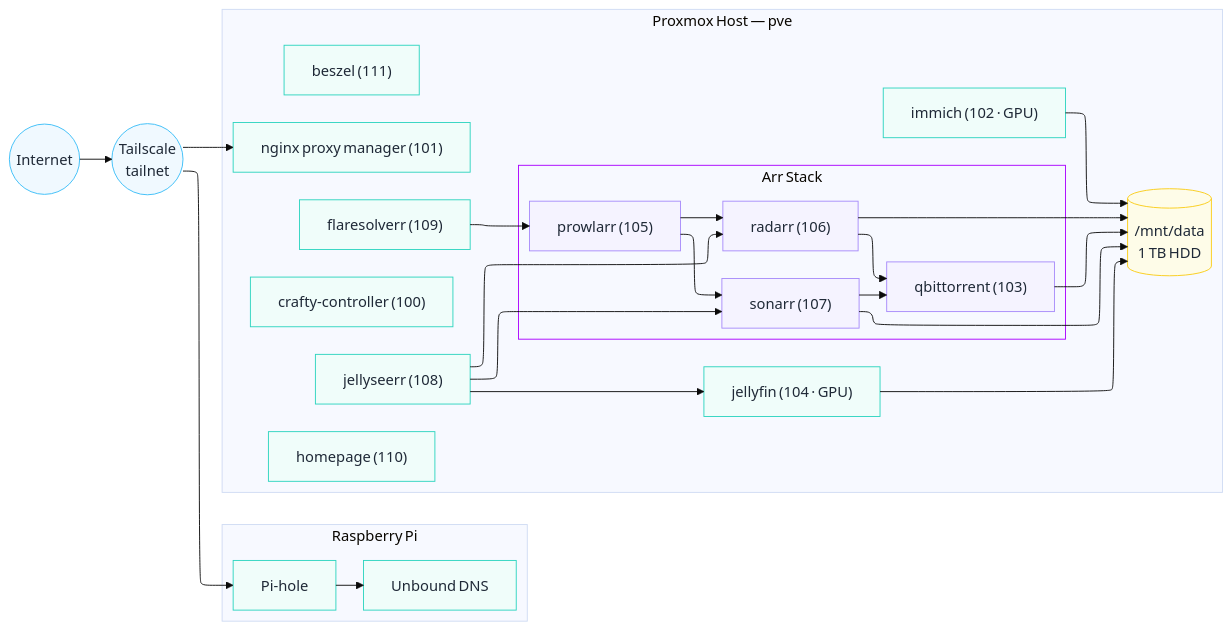
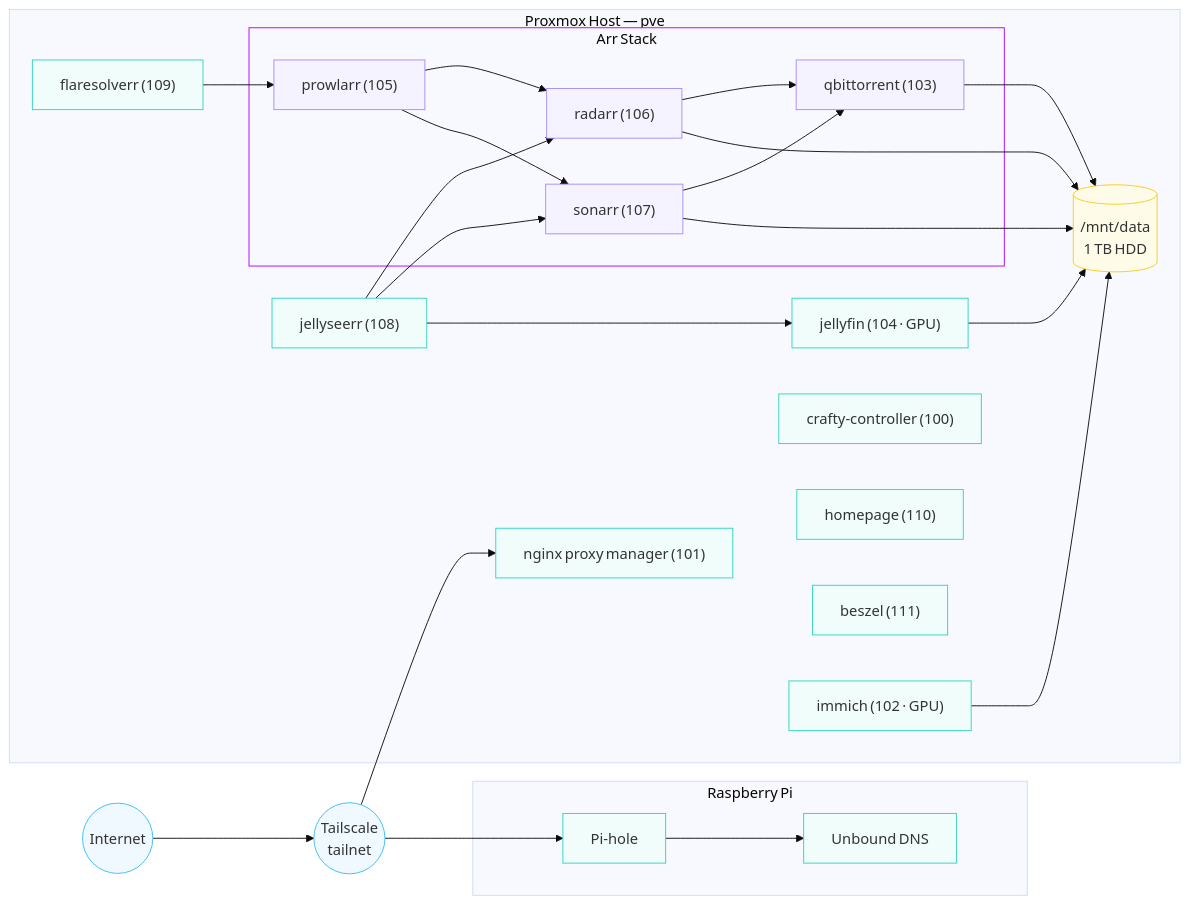
One commit to EthanFavis/Ethanet changed the diagram in diagrams/network.mmd. Above: the diagram before and after it, drawn with Mermaid (base theme). The commit also changed 1 other file, not shown here.

Commit message:
Rework diagram for dagre rendering on GitHub
Remove elk layout directive (GitHub's mermaid lacks the elk plugin
and silently falls back to dagre). Anchor orphan containers near
NPM with invisible edges so dagre groups them instead of scattering
them across empty space.

```diff
--- a/diagrams/network.mmd
+++ b/diagrams/network.mmd
@@ -1,62 +1,64 @@
----
-config:
-  layout: elk
----
 flowchart LR
  subgraph Pi["Raspberry Pi"]
         Pihole["Pi‑hole"]
         Unbound["Unbound DNS"]
   end
  subgraph ARR["Arr Stack"]
         Prowlarr["prowlarr (105)"]
         Radarr["radarr (106)"]
         Sonarr["sonarr (107)"]
         QB["qbittorrent (103)"]
   end
  subgraph PVE["Proxmox Host — pve"]
         Homepage["homepage (110)"]
         NPM["nginx proxy manager (101)"]
         Crafty["crafty‑controller (100)"]
         Beszel["beszel (111)"]
         Flare["flaresolverr (109)"]
         ARR
         Seerr["jellyseerr (108)"]
         Jellyfin["jellyfin (104 · GPU)"]
         Immich["immich (102 · GPU)"]
         Storage[("/mnt/data<br>1 TB HDD")]
   end
     Internet(("Internet")) --> Tailnet(("Tailscale<br>tailnet"))
     Pihole --> Unbound
     Prowlarr --> Radarr & Sonarr
     Radarr --> QB & Storage
     Sonarr --> QB & Storage
     Tailnet --> Pihole & NPM
     Flare --> Prowlarr
     Seerr --> Radarr & Sonarr & Jellyfin
     QB --> Storage
     Jellyfin --> Storage
     Immich --> Storage
 
+    %% invisible edges to anchor orphan containers near NPM
+    NPM ~~~ Crafty
+    NPM ~~~ Homepage
+    NPM ~~~ Beszel
+    NPM ~~~ Immich
+
      Internet:::network
      Tailnet:::network
      Pihole:::service
      Unbound:::service
      Homepage:::service
      NPM:::service
      Crafty:::service
      Beszel:::service
      Flare:::service
      Prowlarr:::media
      Radarr:::media
      Sonarr:::media
      QB:::media
      Seerr:::service
      Jellyfin:::service
      Immich:::service
      Storage:::storage
-    classDef infra stroke:#818cf8,fill:#eef2ff,color:#1f2937
-    classDef service stroke:#2dd4bf,fill:#f0fdfa,color:#1f2937
-    classDef storage stroke:#facc15,fill:#fefce8,color:#1f2937
-    classDef network stroke:#38bdf8,fill:#f0f9ff,color:#1f2937
-    classDef media stroke:#a78bfa,fill:#f5f3ff,color:#1f2937
+    classDef infra stroke:#818cf8,fill:#eef2ff
+    classDef service stroke:#2dd4bf,fill:#f0fdfa
+    classDef storage stroke:#facc15,fill:#fefce8
+    classDef network stroke:#38bdf8,fill:#f0f9ff
+    classDef media stroke:#a78bfa,fill:#f5f3ff
     style ARR stroke:#AA00FF
```
